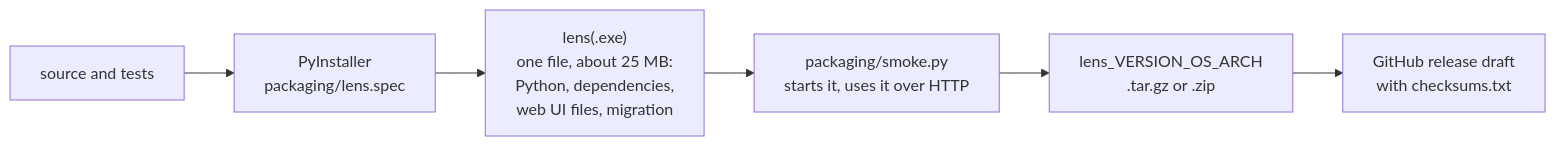
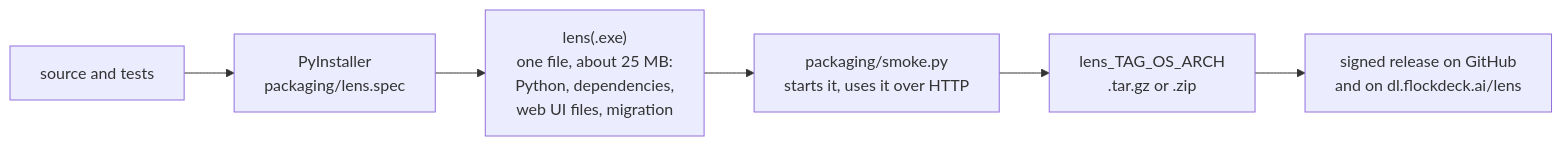
Diagram 22 of 22 in docs/architecture.md (Flockdeck/lens), drawn with Mermaid before and after one commit. The commit also changed other lines of this file and 15 other files, not shown here.

````diff
--- a/docs/architecture.md
+++ b/docs/architecture.md
@@ -857,8 +857,8 @@
 ```mermaid
 flowchart LR
     src[source and tests] --> pyi[PyInstaller<br/>packaging/lens.spec]
     pyi --> exe["lens(.exe)<br/>one file, about 25 MB:<br/>Python, dependencies,<br/>web UI files, migration"]
     exe --> smoke[packaging/smoke.py<br/>starts it, uses it over HTTP]
-    smoke --> arch[lens_VERSION_OS_ARCH<br/>.tar.gz or .zip]
-    arch --> rel[GitHub release draft<br/>with checksums.txt]
+    smoke --> arch[lens_TAG_OS_ARCH<br/>.tar.gz or .zip]
+    arch --> rel[signed release on GitHub<br/>and on dl.flockdeck.ai/lens]
 ```
````
